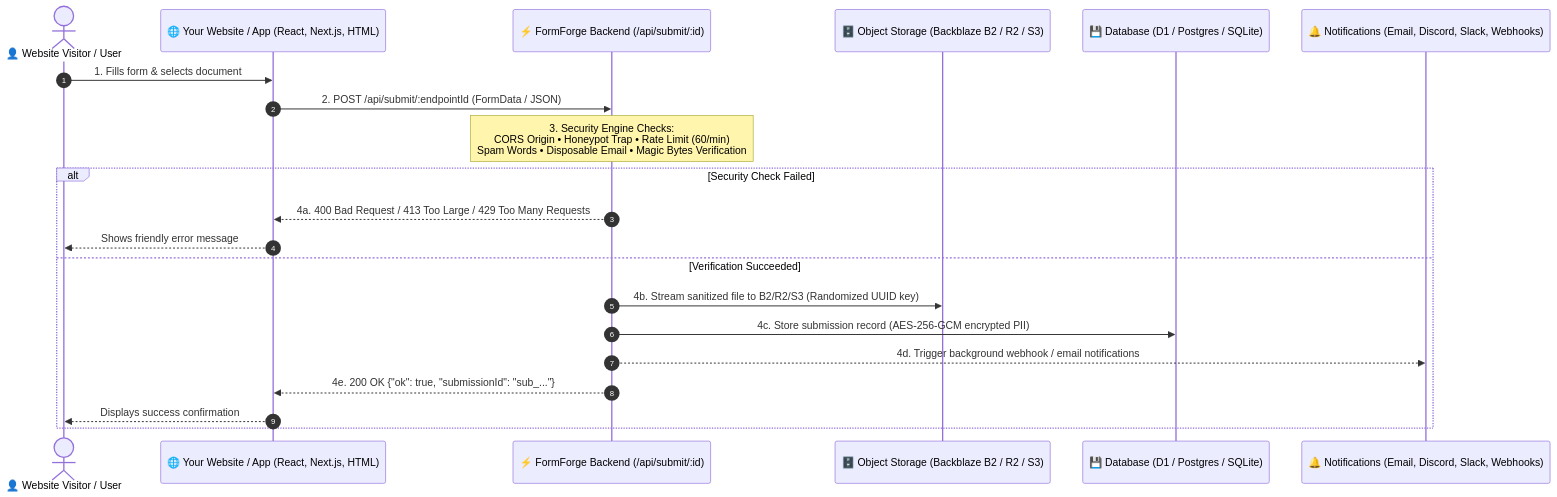
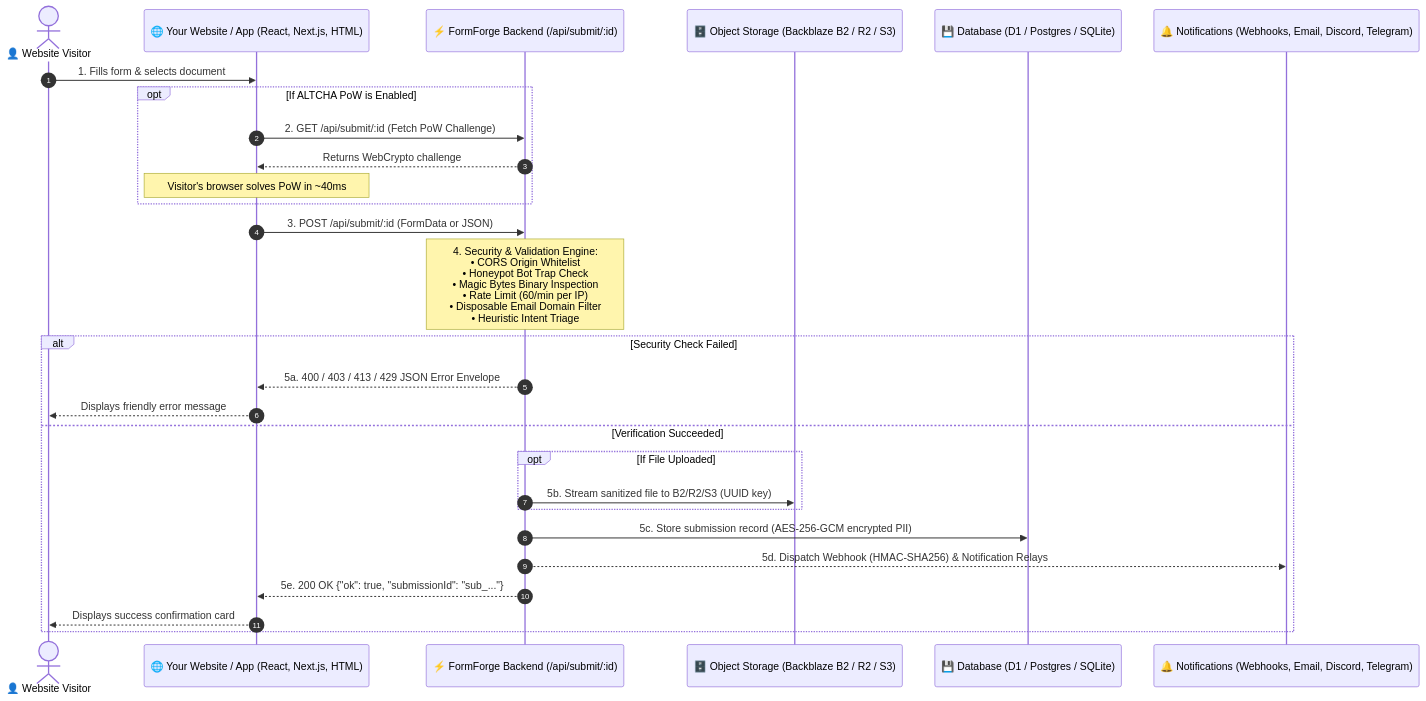
Before and after one commit to SudhirDevOps1/FormForge: the diagram in INTEGRATION_GUIDE.md, drawn with Mermaid. The commit also changed other lines of this file and 6 other files, not shown here.

````diff
--- a/INTEGRATION_GUIDE.md
+++ b/INTEGRATION_GUIDE.md
@@ -32,24 +71,31 @@
 ```mermaid
 sequenceDiagram
     autonumber
-    actor Visitor as 👤 Website Visitor / User
+    actor Visitor as 👤 Website Visitor
     participant Site as 🌐 Your Website / App (React, Next.js, HTML)
     participant FF as ⚡ FormForge Backend (/api/submit/:id)
     participant Storage as 🗄️ Object Storage (Backblaze B2 / R2 / S3)
     participant DB as 💾 Database (D1 / Postgres / SQLite)
-    participant Notify as 🔔 Notifications (Email, Discord, Slack, Webhooks)
+    participant Notify as 🔔 Notifications (Webhooks, Email, Discord, Telegram)
 
     Visitor->>Site: 1. Fills form & selects document
-    Site->>FF: 2. POST /api/submit/:endpointId (FormData / JSON)
-    Note over FF: 3. Security Engine Checks:<br/>CORS Origin • Honeypot Trap • Rate Limit (60/min)<br/>Spam Words • Disposable Email • Magic Bytes Verification
+    opt If ALTCHA PoW is Enabled
+        Site->>FF: 2. GET /api/submit/:id (Fetch PoW Challenge)
+        FF-->>Site: Returns WebCrypto challenge
+        Note over Site: Visitor's browser solves PoW in ~40ms
+    end
+    Site->>FF: 3. POST /api/submit/:id (FormData or JSON)
+    Note over FF: 4. Security & Validation Engine:<br/>• CORS Origin Whitelist<br/>• Honeypot Bot Trap Check<br/>• Magic Bytes Binary Inspection<br/>• Rate Limit (60/min per IP)<br/>• Disposable Email Domain Filter<br/>• Heuristic Intent Triage
     alt Security Check Failed
-        FF-->>Site: 4a. 400 Bad Request / 413 Too Large / 429 Too Many Requests
-        Site-->>Visitor: Shows friendly error message
+        FF-->>Site: 5a. 400 / 403 / 413 / 429 JSON Error Envelope
+        Site-->>Visitor: Displays friendly error message
     else Verification Succeeded
-        FF->>Storage: 4b. Stream sanitized file to B2/R2/S3 (Randomized UUID key)
-        FF->>DB: 4c. Store submission record (AES-256-GCM encrypted PII)
-        FF-->>Notify: 4d. Trigger background webhook / email notifications
-        FF-->>Site: 4e. 200 OK {"ok": true, "submissionId": "sub_..."}
-        Site-->>Visitor: Displays success confirmation
+        opt If File Uploaded
+            FF->>Storage: 5b. Stream sanitized file to B2/R2/S3 (UUID key)
+        end
+        FF->>DB: 5c. Store submission record (AES-256-GCM encrypted PII)
+        FF-->>Notify: 5d. Dispatch Webhook (HMAC-SHA256) & Notification Relays
+        FF-->>Site: 5e. 200 OK {"ok": true, "submissionId": "sub_..."}
+        Site-->>Visitor: Displays success confirmation card
     end
 ```
````
